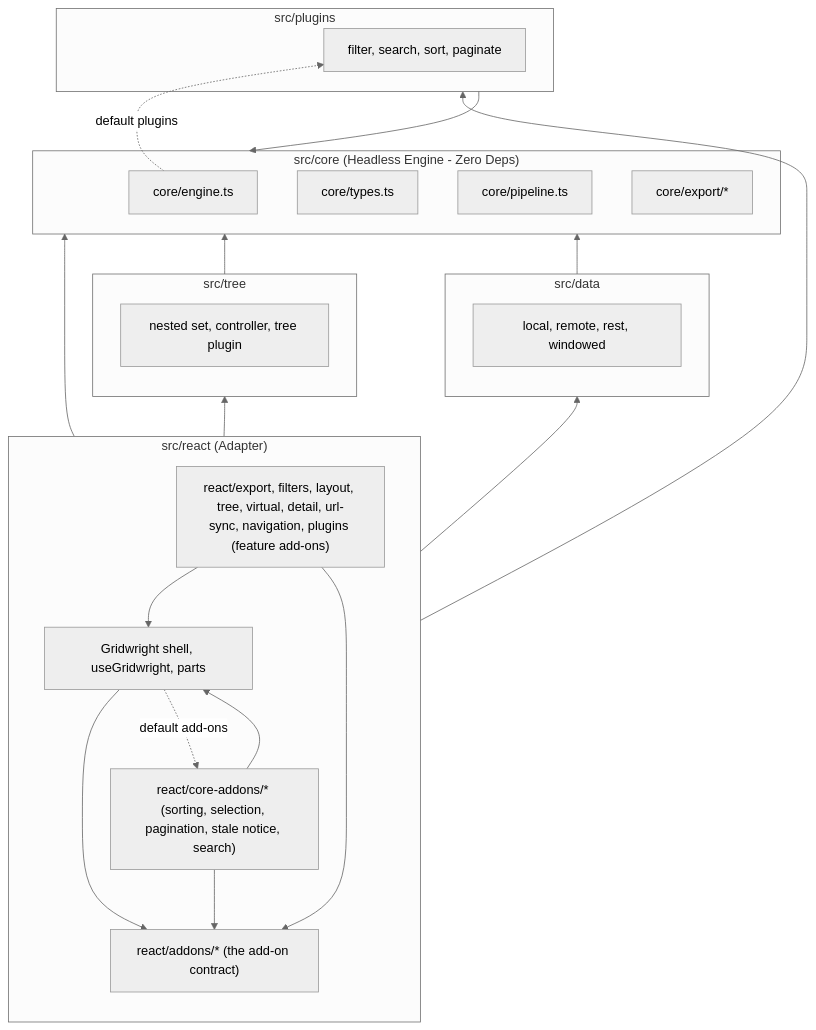
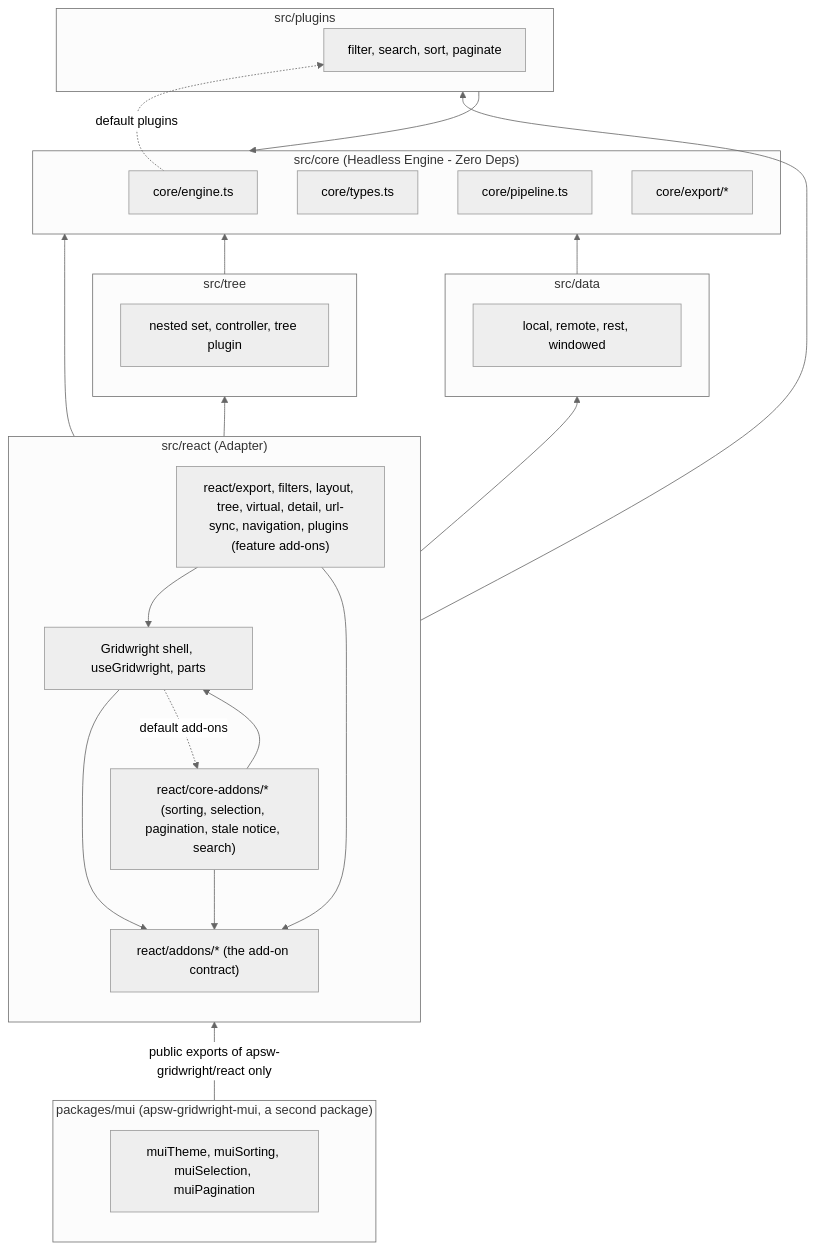
The first of 2 diagrams in specs/DEPENDENCY_MAP.md (yaotzin1/apsw-gridwright), drawn with Mermaid (neutral theme) before and after one commit. The commit also changed other lines of this file and 88 other files, not shown here.

First line of the commit message:
feat: multi-column sorting, selection controls, and apsw-gridwright-mui (#22)

````diff
--- a/specs/DEPENDENCY_MAP.md
+++ b/specs/DEPENDENCY_MAP.md
@@ -7,44 +7,49 @@
 ```mermaid
 graph BT
     subgraph ReactLayer["src/react (Adapter)"]
         Shell["Gridwright shell, useGridwright, parts"]
         Contract["react/addons/* (the add-on contract)"]
         CoreAddons["react/core-addons/* (sorting, selection, pagination, stale notice, search)"]
         FeatureAddons["react/export, filters, layout, tree, virtual, detail, url-sync, navigation, plugins (feature add-ons)"]
 
         Shell --> Contract
         Shell -. "default add-ons" .-> CoreAddons
         CoreAddons --> Contract
         FeatureAddons --> Contract
         CoreAddons --> Shell
         FeatureAddons --> Shell
     end
 
     subgraph PluginsLayer["src/plugins"]
         BuiltinPlugins["filter, search, sort, paginate"]
     end
 
     subgraph TreeLayer["src/tree"]
         TreeCore["nested set, controller, tree plugin"]
     end
 
     subgraph DataLayer["src/data"]
         DataSources["local, remote, rest, windowed"]
     end
 
     subgraph CoreLayer["src/core (Headless Engine - Zero Deps)"]
         Engine["core/engine.ts"]
         CoreTypes["core/types.ts"]
         Pipeline["core/pipeline.ts"]
         CoreExport["core/export/*"]
     end
 
+    subgraph MuiPackage["packages/mui (apsw-gridwright-mui, a second package)"]
+        MuiViews["muiTheme, muiSorting, muiSelection, muiPagination"]
+    end
+
+    MuiPackage -- "public exports of apsw-gridwright/react only" --> ReactLayer
     ReactLayer --> CoreLayer
     PluginsLayer --> CoreLayer
     TreeLayer --> CoreLayer
     DataLayer --> CoreLayer
     ReactLayer --> PluginsLayer
     ReactLayer --> TreeLayer
     ReactLayer --> DataLayer
     Engine -. "default plugins" .-> BuiltinPlugins
 ```
````
